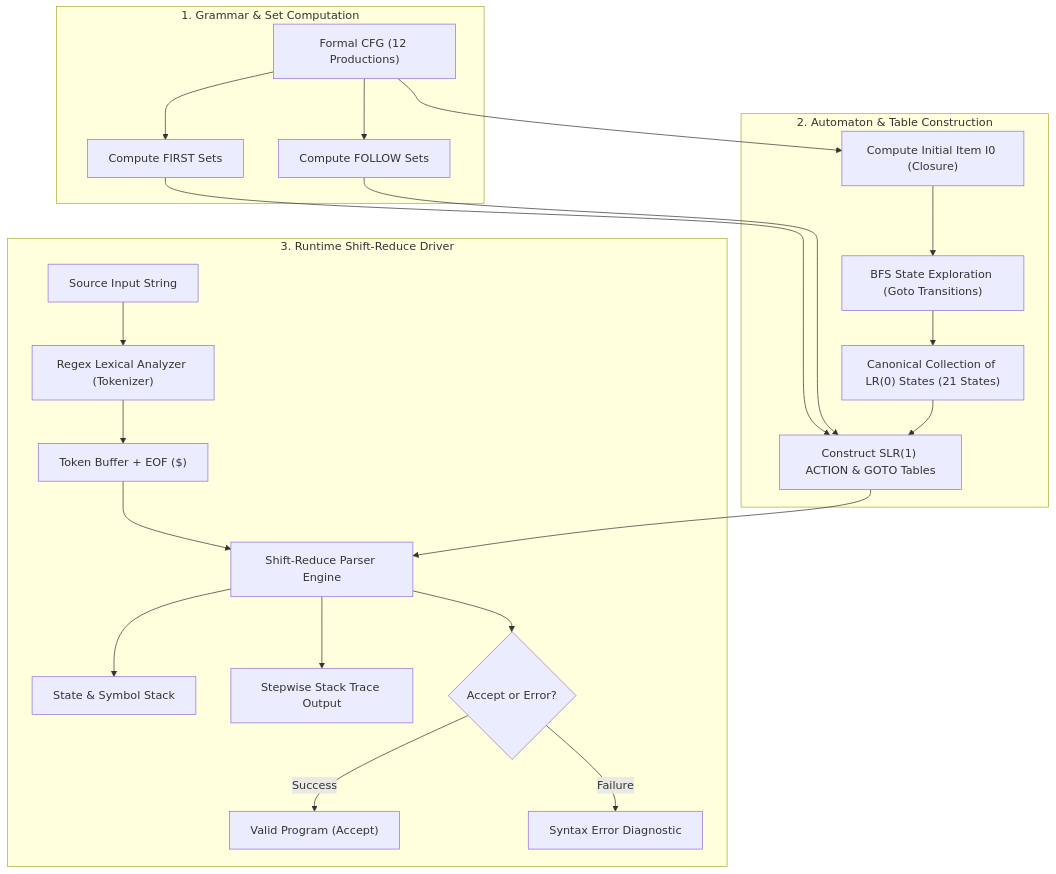
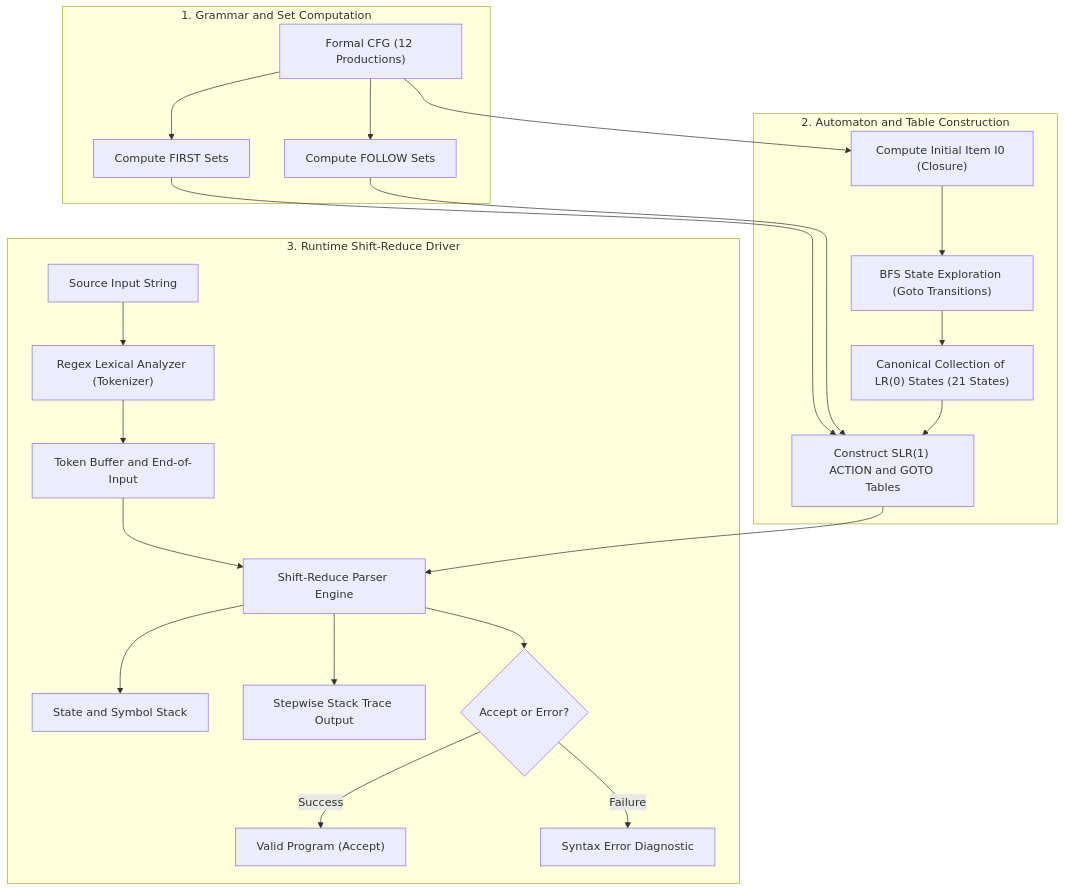
The first of 3 diagrams in README.md (Yuvraj675/slr), drawn with Mermaid before and after one commit. The commit also changed other lines of this file, not shown here.

````diff
--- a/README.md
+++ b/README.md
@@ -92,26 +93,30 @@
 ```mermaid
 flowchart TD
-    subgraph GrammarEngine["1. Grammar & Set Computation"]
+    subgraph GrammarEngine ["1. Grammar and Set Computation"]
         A["Formal CFG (12 Productions)"] --> B["Compute FIRST Sets"]
         A --> C["Compute FOLLOW Sets"]
     end
 
-    subgraph AutomatonEngine["2. Automaton & Table Construction"]
-        A --> D["Compute Initial Item I0 (Closure)"]
-        D --> E["BFS State Exploration (Goto Transitions)"]
+    subgraph AutomatonEngine ["2. Automaton and Table Construction"]
+        D["Compute Initial Item I0 (Closure)"] --> E["BFS State Exploration (Goto Transitions)"]
         E --> F["Canonical Collection of LR(0) States (21 States)"]
-        B & C & F --> G["Construct SLR(1) ACTION & GOTO Tables"]
+        G["Construct SLR(1) ACTION and GOTO Tables"]
     end
 
-    subgraph RuntimeEngine["3. Runtime Shift-Reduce Driver"]
+    subgraph RuntimeEngine ["3. Runtime Shift-Reduce Driver"]
         H["Source Input String"] --> I["Regex Lexical Analyzer (Tokenizer)"]
-        I --> J["Token Buffer + EOF ($)"]
+        I --> J["Token Buffer and End-of-Input"]
         J --> K["Shift-Reduce Parser Engine"]
-        G --> K
-        K --> L["State & Symbol Stack"]
+        K --> L["State and Symbol Stack"]
         K --> M["Stepwise Stack Trace Output"]
         K --> N{"Accept or Error?"}
         N -->|Success| O["Valid Program (Accept)"]
         N -->|Failure| P["Syntax Error Diagnostic"]
     end
+
+    A --> D
+    B --> G
+    C --> G
+    F --> G
+    G --> K
 ```
````
